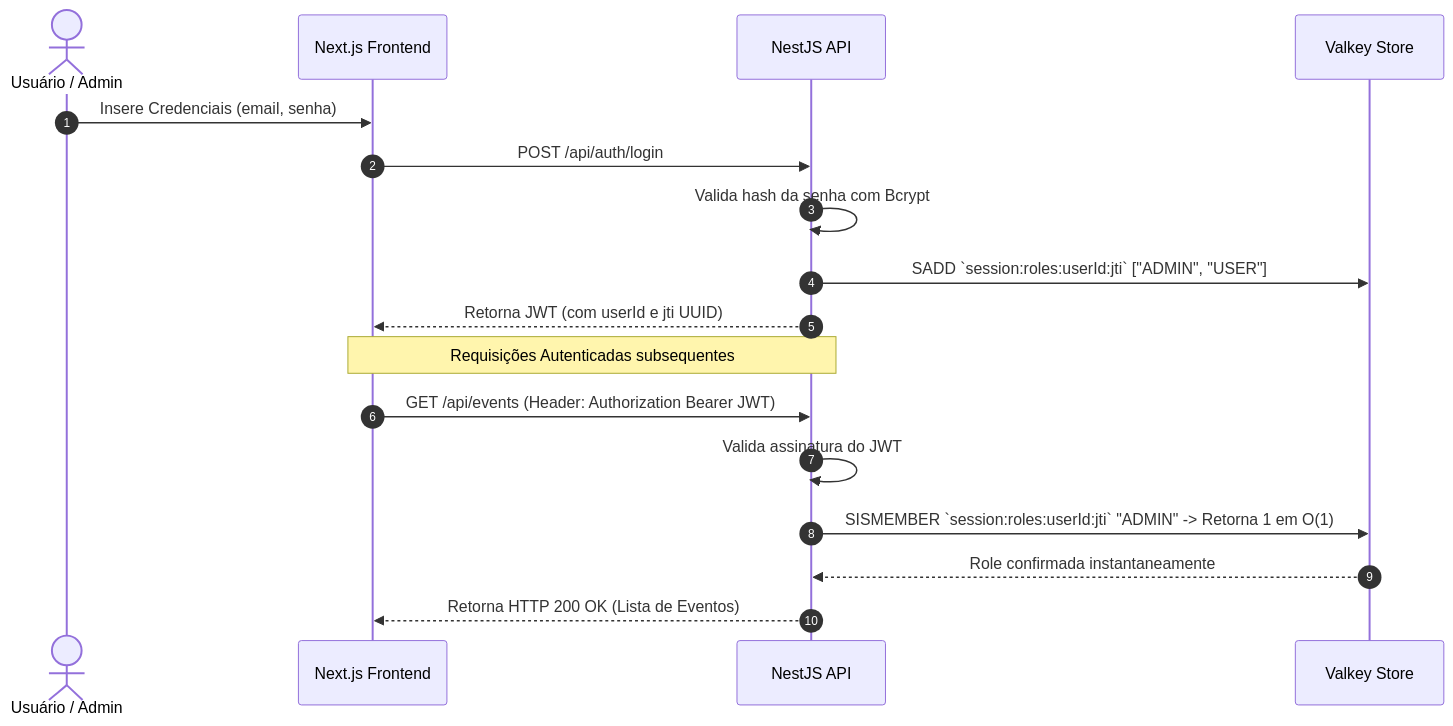
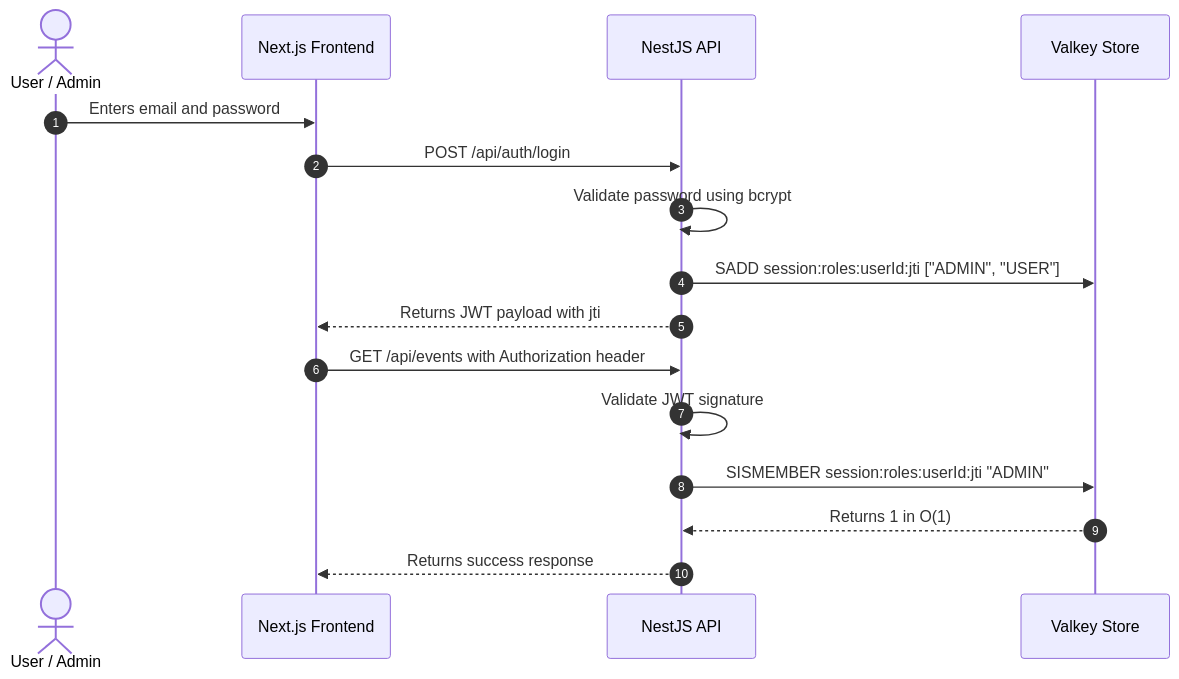
Before and after one commit to antoniobouneto/calendar-app: the second of 2 diagrams in README.md, drawn with Mermaid. The commit also changed other lines of this file, not shown here.

Commit message:
Refresh the project README with a cleaner overview, architecture, security model, and local setup for the calendar app

````diff
--- a/README.md
+++ b/README.md
@@ -80,21 +170,20 @@
 ```mermaid
 sequenceDiagram
     autonumber
-    actor User as Usuário / Admin
+    actor User as User / Admin
     participant FE as Next.js Frontend
     participant BE as NestJS API
     participant VK as Valkey Store
 
-    User->>FE: Insere Credenciais (email, senha)
+    User->>FE: Enters email and password
     FE->>BE: POST /api/auth/login
-    BE->>BE: Valida hash da senha com Bcrypt
-    BE->>VK: SADD `session:roles:userId:jti` ["ADMIN", "USER"]
-    BE-->>FE: Retorna JWT (com userId e jti UUID)
-    
-    Note over FE, BE: Requisições Autenticadas subsequentes
-    FE->>BE: GET /api/events (Header: Authorization Bearer JWT)
-    BE->>BE: Valida assinatura do JWT
-    BE->>VK: SISMEMBER `session:roles:userId:jti` "ADMIN" -> Retorna 1 em O(1)
-    VK-->>BE: Role confirmada instantaneamente
-    BE-->>FE: Retorna HTTP 200 OK (Lista de Eventos)
+    BE->>BE: Validate password using bcrypt
+    BE->>VK: SADD session:roles:userId:jti ["ADMIN", "USER"]
+    BE-->>FE: Returns JWT payload with jti
+
+    FE->>BE: GET /api/events with Authorization header
+    BE->>BE: Validate JWT signature
+    BE->>VK: SISMEMBER session:roles:userId:jti "ADMIN"
+    VK-->>BE: Returns 1 in O(1)
+    BE-->>FE: Returns success response
 ```
````
